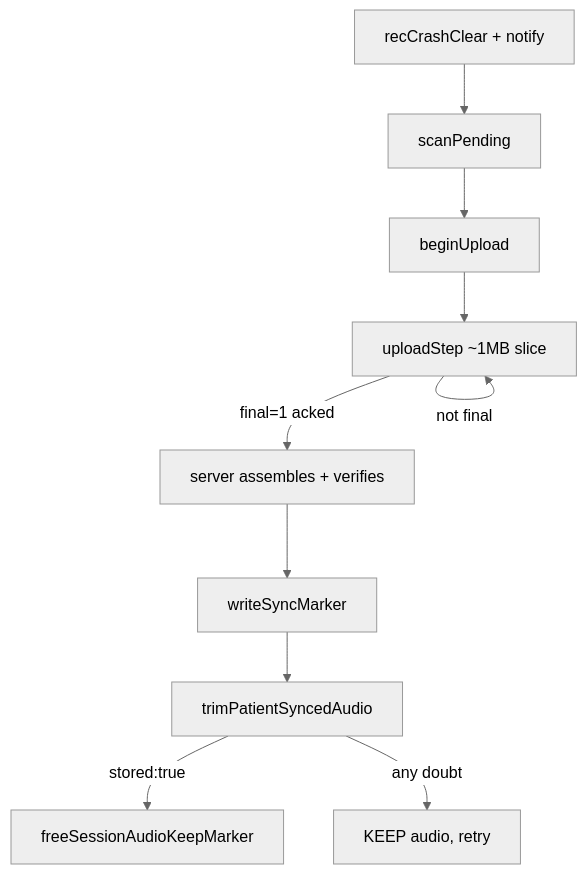
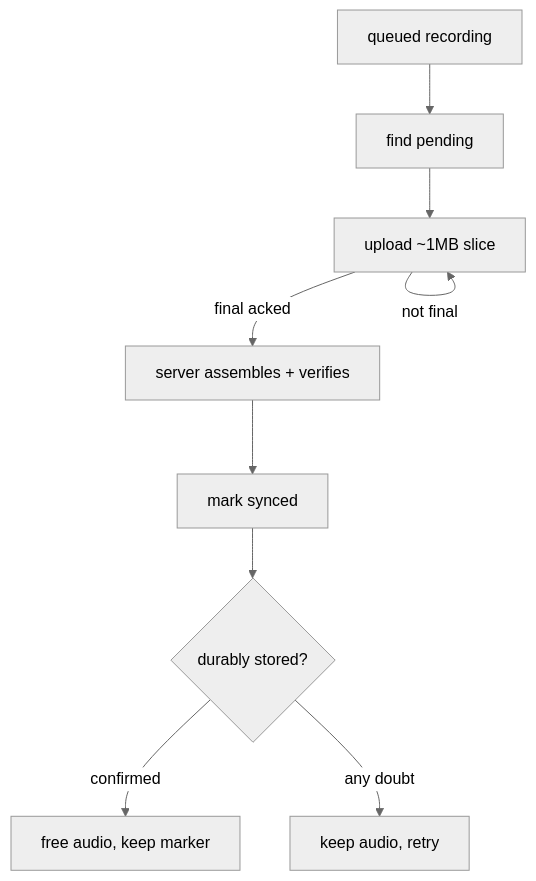
One commit to Longcao24/sate-companion changed the fourth of 7 diagrams in docs-site/docs/guides/recorder.md. Above: the diagram before and after it, drawn with Mermaid (neutral theme). The commit also changed other lines of this file and 17 other files, not shown here.

First line of the commit message:
docs-site: generalize published docs + add system-overview diagram

````diff
--- a/docs-site/docs/guides/recorder.md
+++ b/docs-site/docs/guides/recorder.md
@@ -382,12 +296,11 @@
 ```mermaid
 flowchart TD
-    H[recCrashClear + notify] --> I[scanPending]
-    I --> J[beginUpload]
-    J --> K[uploadStep ~1MB slice]
-    K -->|not final| K
-    K -->|final=1 acked| L[server assembles + verifies]
-    L --> M[writeSyncMarker]
-    M --> N[trimPatientSyncedAudio]
-    N -->|stored:true| O[freeSessionAudioKeepMarker]
-    N -->|any doubt| P[KEEP audio, retry]
+    A[queued recording] --> B[find pending]
+    B --> C[upload ~1MB slice]
+    C -->|not final| C
+    C -->|final acked| D[server assembles + verifies]
+    D --> E[mark synced]
+    E --> F{durably stored?}
+    F -->|confirmed| G[free audio, keep marker]
+    F -->|any doubt| H[keep audio, retry]
 ```
````
